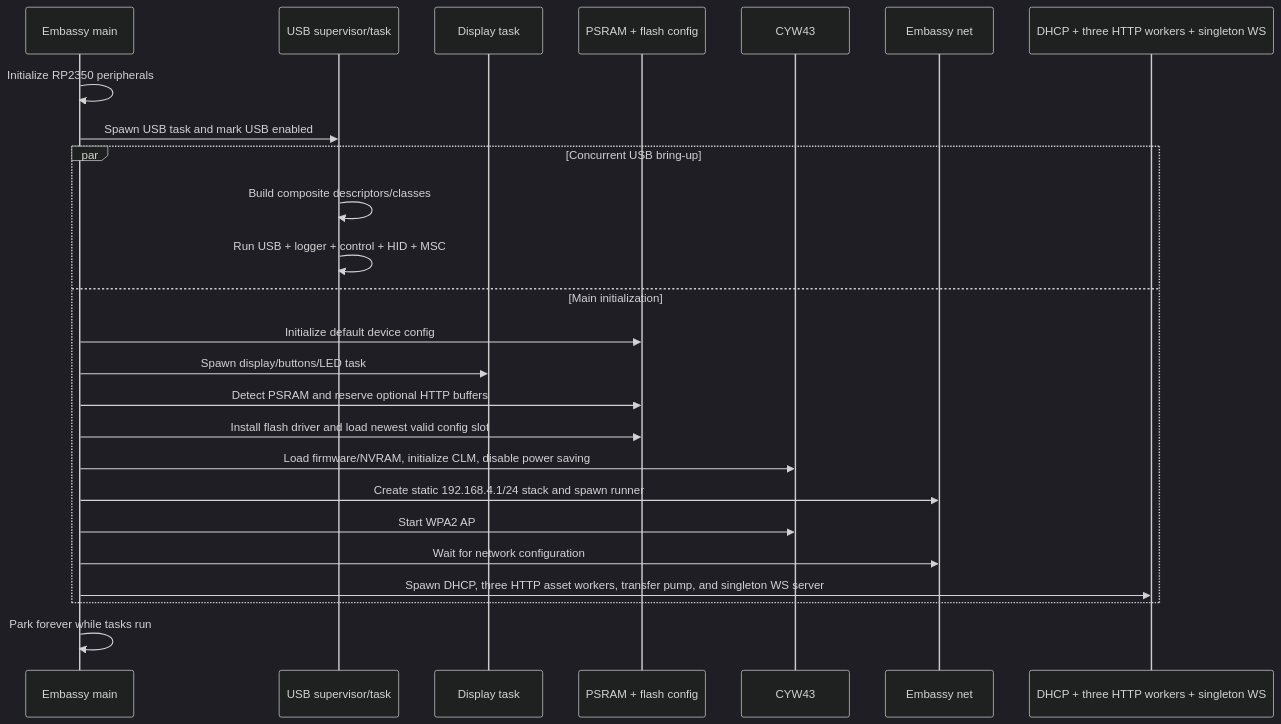
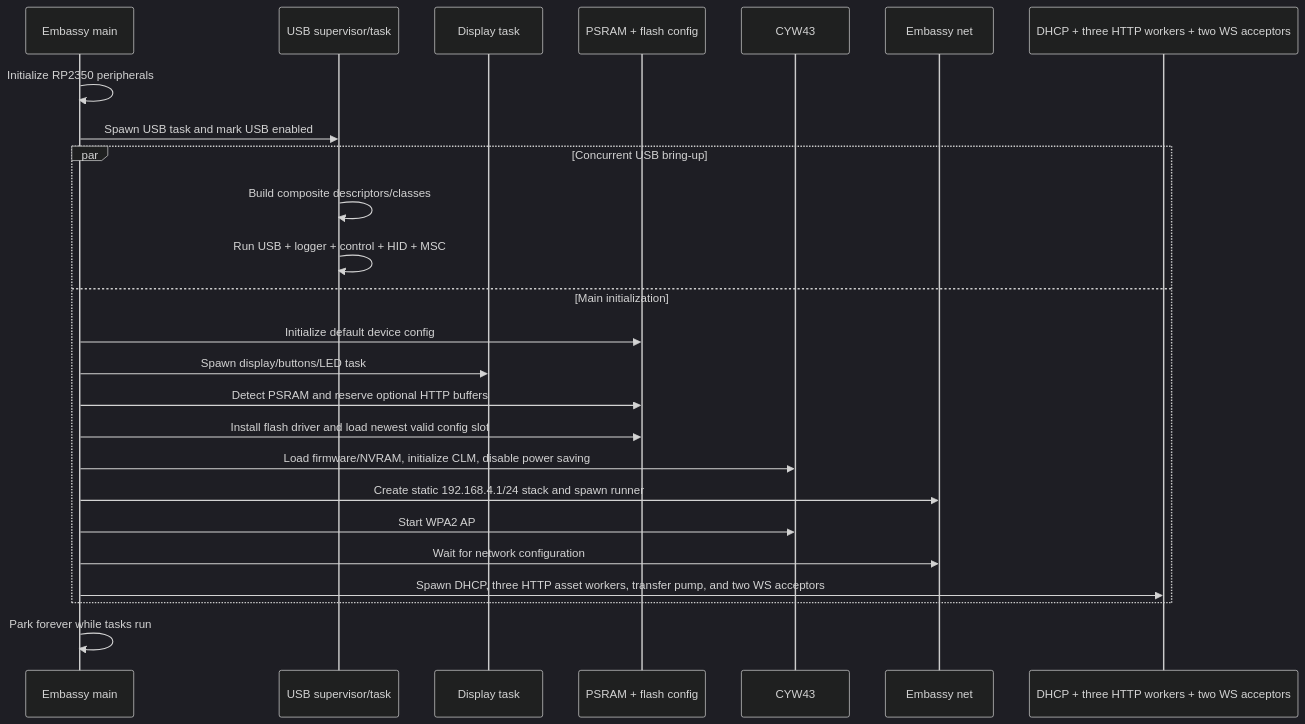
Before and after one commit to mapf0000/pico_plus_2w_blinky: the fourth of 9 diagrams in docs/ARCHITECTURE.md, drawn with Mermaid (dark theme). The commit also changed other lines of this file and 14 other files, not shown here.

````diff
--- a/docs/ARCHITECTURE.md
+++ b/docs/ARCHITECTURE.md
@@ -152,28 +152,28 @@
 ```mermaid
 sequenceDiagram
     participant Main as Embassy main
     participant USB as USB supervisor/task
     participant Display as Display task
     participant Storage as PSRAM + flash config
     participant CYW as CYW43
     participant Net as Embassy net
-    participant HTTP as DHCP + three HTTP workers + singleton WS
+    participant HTTP as DHCP + three HTTP workers + two WS acceptors
 
     Main->>Main: Initialize RP2350 peripherals
     Main->>USB: Spawn USB task and mark USB enabled
     par Concurrent USB bring-up
         USB->>USB: Build composite descriptors/classes
         USB->>USB: Run USB + logger + control + HID + MSC
     and Main initialization
         Main->>Storage: Initialize default device config
         Main->>Display: Spawn display/buttons/LED task
         Main->>Storage: Detect PSRAM and reserve optional HTTP buffers
         Main->>Storage: Install flash driver and load newest valid config slot
         Main->>CYW: Load firmware/NVRAM, initialize CLM, disable power saving
         Main->>Net: Create static 192.168.4.1/24 stack and spawn runner
         Main->>CYW: Start WPA2 AP
         Main->>Net: Wait for network configuration
-        Main->>HTTP: Spawn DHCP, three HTTP asset workers, transfer pump, and singleton WS server
+        Main->>HTTP: Spawn DHCP, three HTTP asset workers, transfer pump, and two WS acceptors
     end
     Main->>Main: Park forever while tasks run
 ```
````
